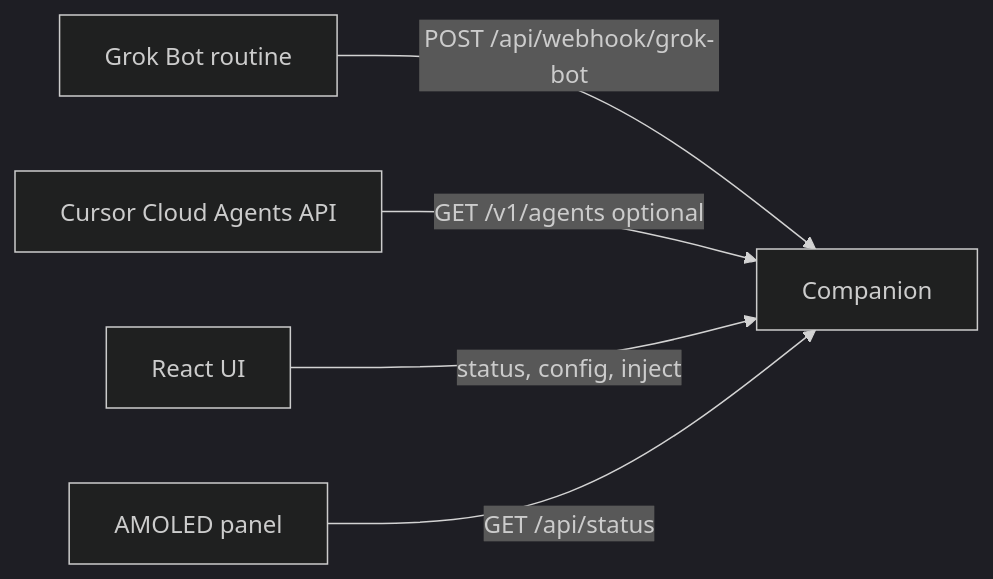
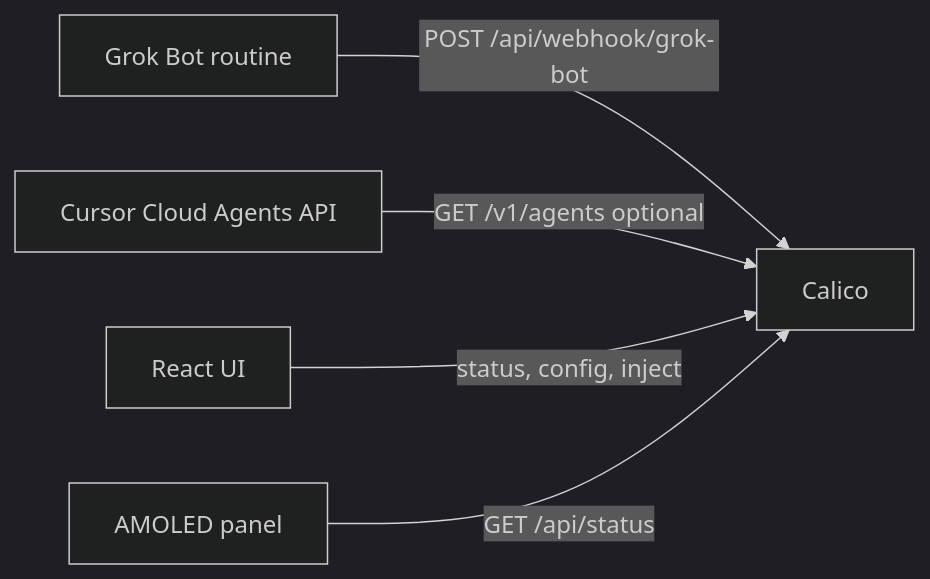
The diagram in kits/ginger/README.md (newtosh/calico), drawn with Mermaid (dark theme) before and after one commit. The commit also changed other lines of this file and 44 other files, not shown here.

````diff
--- a/kits/ginger/README.md
+++ b/kits/ginger/README.md
@@ -9,13 +9,13 @@
 ```mermaid
 flowchart LR
   grok[Grok Bot routine]
   cursor[Cursor Cloud Agents API]
   web[React UI]
-  comp[Companion]
+  comp[Calico]
   panel[AMOLED panel]
 
   grok -->|POST /api/webhook/grok-bot| comp
   cursor -->|GET /v1/agents optional| comp
   web -->|status, config, inject| comp
   panel -->|GET /api/status| comp
 ```
````
